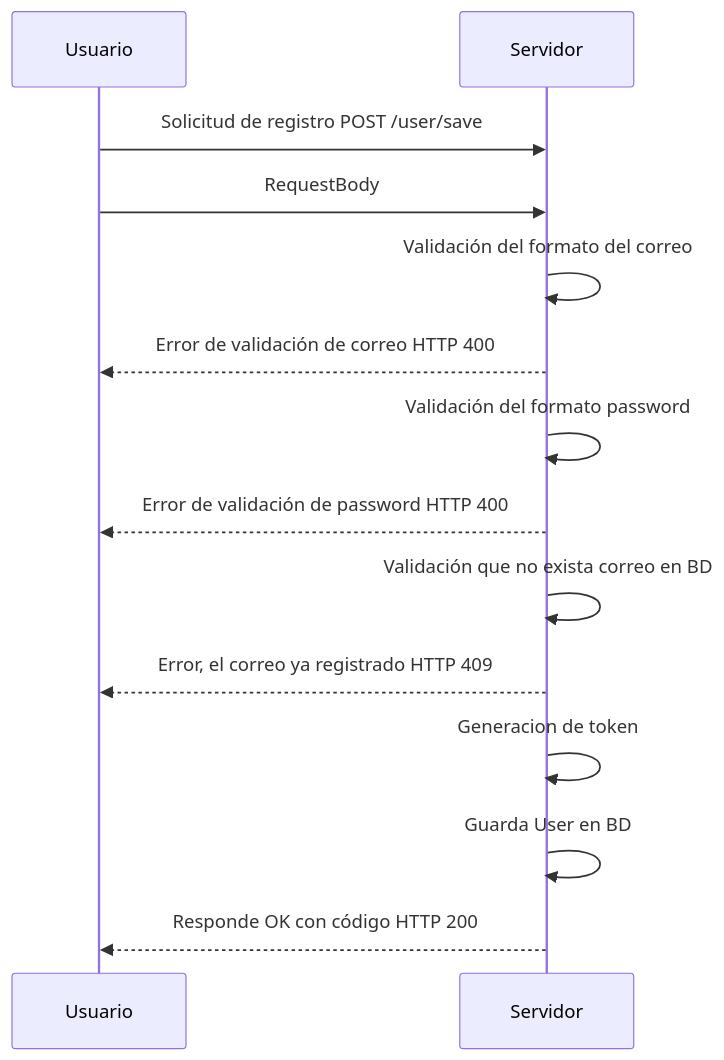
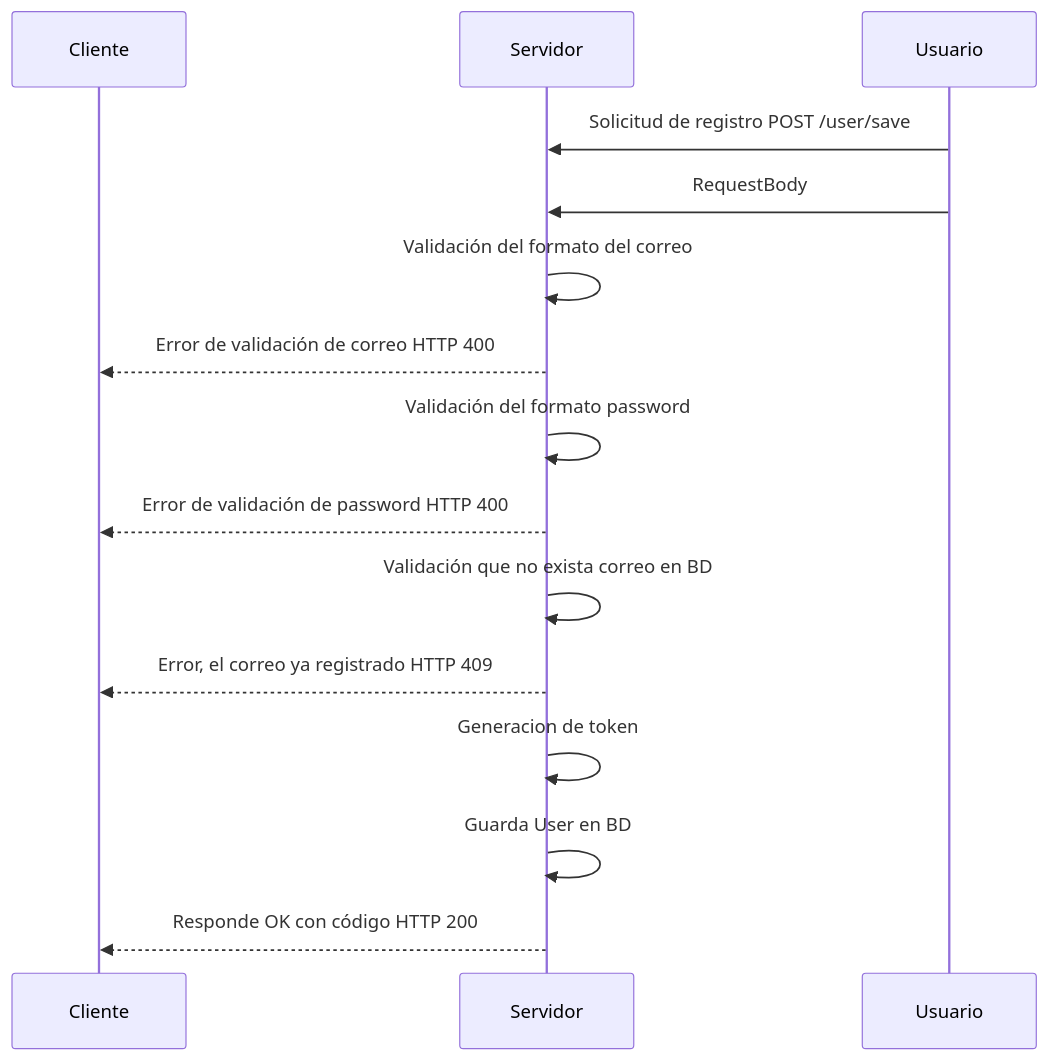
The diagram in README.md (jhonatanMD/ms-user), drawn with Mermaid before and after one commit.

````diff
--- a/README.md
+++ b/README.md
@@ -6,16 +6,16 @@
 ```mermaid
 sequenceDiagram
-    participant Usuario
+    participant Cliente
     participant Servidor
     Usuario->>Servidor: Solicitud de registro POST /user/save
     Usuario->>Servidor: RequestBody
     Servidor->>Servidor: Validación del formato del correo
-    Servidor-->>Usuario: Error de validación de correo HTTP 400
+    Servidor-->>Cliente: Error de validación de correo HTTP 400
     Servidor->>Servidor: Validación del formato password
-    Servidor-->>Usuario: Error de validación de password HTTP 400
+    Servidor-->>Cliente: Error de validación de password HTTP 400
     Servidor->>Servidor: Validación que no exista correo en BD
-    Servidor-->>Usuario: Error, el correo ya registrado HTTP 409
+    Servidor-->>Cliente: Error, el correo ya registrado HTTP 409
     Servidor->>Servidor: Generacion de token
     Servidor->>Servidor: Guarda User en BD
-    Servidor-->>Usuario: Responde OK con código HTTP 200
+    Servidor-->>Cliente: Responde OK con código HTTP 200
 ```
````
